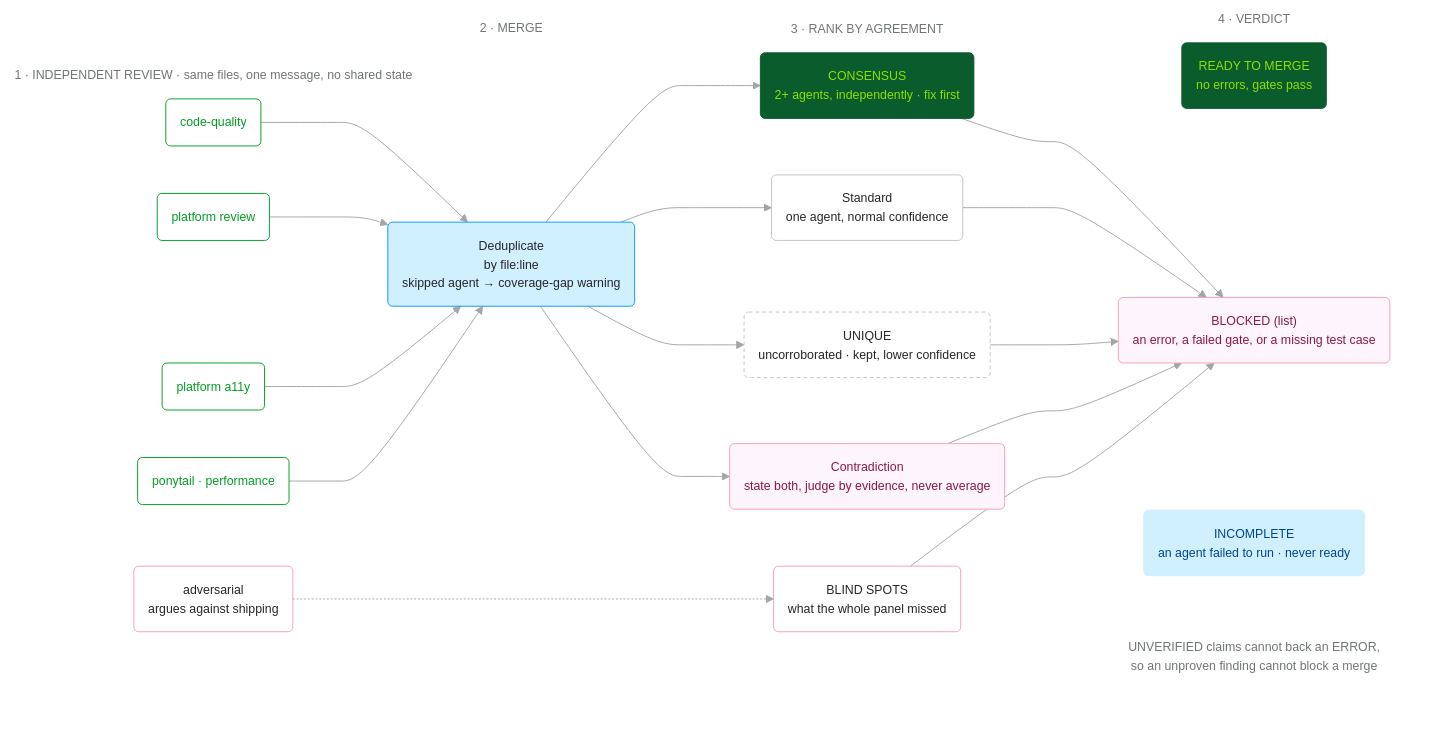
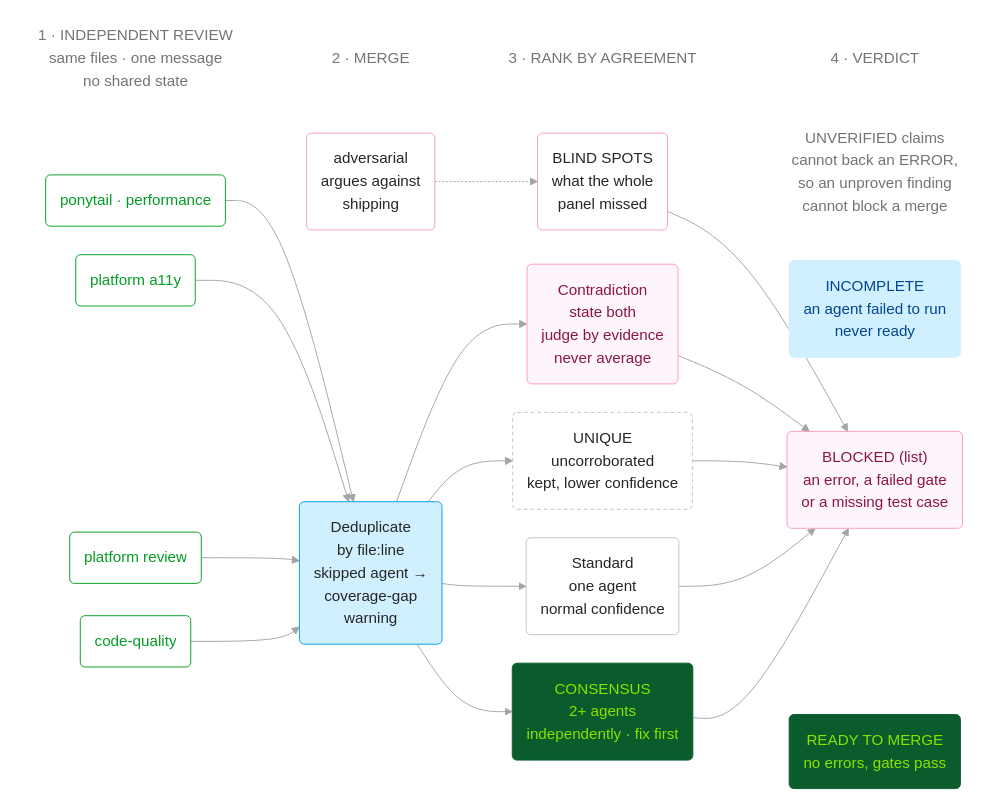
The seventh of 17 diagrams in README.md (raditia/CraftKit), drawn with Mermaid before and after one commit. The commit also changed other lines of this file, not shown here.

First line of the commit message:
docs: make README diagrams readable at GitHub width

````diff
--- a/README.md
+++ b/README.md
@@ -522,76 +548,67 @@
 ```mermaid
 ---
 config:
   theme: base
   look: classic
   fontFamily: "-apple-system, BlinkMacSystemFont, Segoe UI, Helvetica, Arial, sans-serif"
   themeVariables:
     fontFamily: "-apple-system, BlinkMacSystemFont, Segoe UI, Helvetica, Arial, sans-serif"
-    fontSize: 13px
+    fontSize: 16px
     primaryColor: "#FFFFFF"
     primaryBorderColor: "#C1C4C6"
     primaryTextColor: "#242628"
     lineColor: "#A2A6A8"
     clusterBkg: "#F5FBFF"
     clusterBorder: "#F0F1F2"
     titleColor: "#707577"
     edgeLabelBackground: "#FFFFFF"
   flowchart:
     curve: basis
-    wrappingWidth: 640
+    wrappingWidth: 240
+    nodeSpacing: 30
+    rankSpacing: 40
 ---
 flowchart LR
-    subgraph P1["1 · INDEPENDENT REVIEW · same files, one message, no shared state"]
+    h1["1 · INDEPENDENT REVIEW<br/>same files · one message<br/>no shared state"] ~~~ h2["2 · MERGE"] ~~~ h3["3 · RANK BY AGREEMENT"] ~~~ h4["4 · VERDICT"]
         a1("code-quality")
         a2("platform review")
         a3("platform a11y")
         a4("ponytail · performance")
-        adv("adversarial<br/>argues against shipping")
-    end
-    subgraph P2["2 · MERGE"]
-        dd("Deduplicate<br/>by file:line<br/>skipped agent → coverage-gap warning")
-    end
-    subgraph P3["3 · RANK BY AGREEMENT"]
-        k1("CONSENSUS<br/>2+ agents, independently · fix first")
-        k2("Standard<br/>one agent, normal confidence")
-        k3("UNIQUE<br/>uncorroborated · kept, lower confidence")
-        k4("Contradiction<br/>state both, judge by evidence, never average")
-        k5("BLIND SPOTS<br/>what the whole panel missed")
-    end
-    subgraph P4["4 · VERDICT"]
+        adv("adversarial<br/>argues against<br/>shipping")
+        dd("Deduplicate<br/>by file:line<br/>skipped agent →<br/>coverage-gap<br/>warning")
+        k1("CONSENSUS<br/>2+ agents<br/>independently · fix first")
+        k2("Standard<br/>one agent<br/>normal confidence")
+        k3("UNIQUE<br/>uncorroborated<br/>kept, lower confidence")
+        k4("Contradiction<br/>state both<br/>judge by evidence<br/>never average")
+        k5("BLIND SPOTS<br/>what the whole<br/>panel missed")
         v1("READY TO MERGE<br/>no errors, gates pass")
-        v2("BLOCKED (list)<br/>an error, a failed gate, or a missing test case")
-        v3("INCOMPLETE<br/>an agent failed to run · never ready")
-        note["UNVERIFIED claims cannot back an ERROR,<br/>so an unproven finding cannot block a merge"]
-    end
+        v2("BLOCKED (list)<br/>an error, a failed gate<br/>or a missing test case")
+        v3("INCOMPLETE<br/>an agent failed to run<br/>never ready")
+        note["UNVERIFIED claims<br/>cannot back an ERROR,<br/>so an unproven finding<br/>cannot block a merge"]
     a1 & a2 & a3 & a4 --> dd
     dd --> k1 & k2 & k3 & k4
     adv -.-> k5
     k1 & k2 & k3 & k4 & k5 --> v2
     k1 ~~~ v1
     k4 ~~~ v3
     k5 ~~~ note
 
     classDef n fill:#FFFFFF,stroke:#C1C4C6,color:#242628
     classDef key fill:#D1F0FF,stroke:#0A9AF2,color:#242628
     classDef ok fill:#FFFFFF,stroke:#029D24,color:#029D24
     classDef done fill:#0A5C2C,stroke:#0A5C2C,color:#8BE200
     classDef warn fill:#FEF5FC,stroke:#FA9EB4,color:#8B1842
     classDef warnline fill:#FFFFFF,stroke:#FA9EB4,color:#242628
     classDef info fill:#D1F0FF,stroke:#D1F0FF,color:#024590
     classDef dash fill:#FFFFFF,stroke:#C1C4C6,color:#242628,stroke-dasharray:4 3
     classDef quiet fill:transparent,stroke:transparent,color:#707577
     class a1,a2,a3,a4 ok
     class adv,k5 warnline
     class dd key
     class k1,v1 done
     class k2 n
     class k3 dash
     class k4,v2 warn
     class v3 info
-    class note quiet
-    style P1 fill:transparent,stroke:transparent
-    style P2 fill:transparent,stroke:transparent
-    style P3 fill:transparent,stroke:transparent
-    style P4 fill:transparent,stroke:transparent
+    class note,h1,h2,h3,h4 quiet
 ```
````
